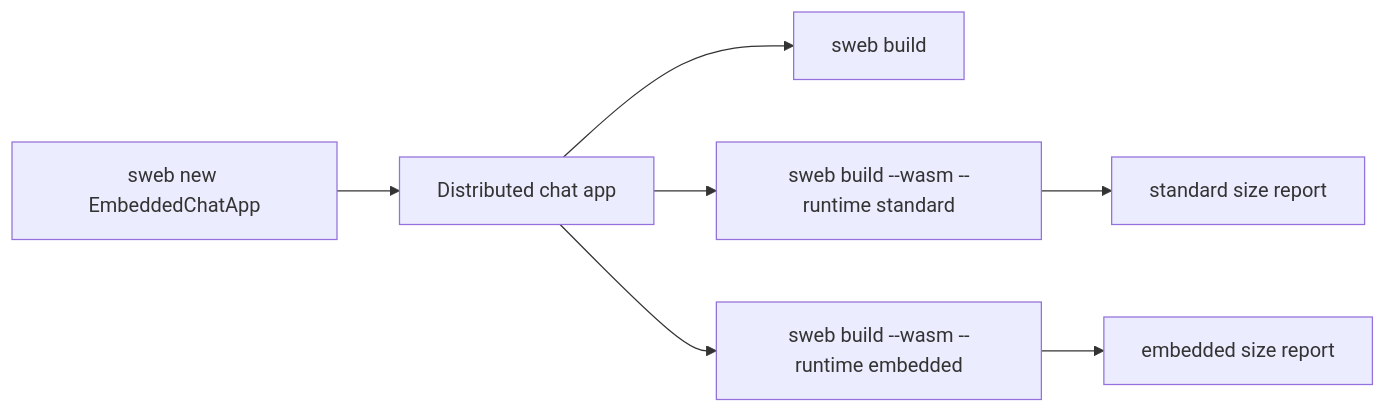
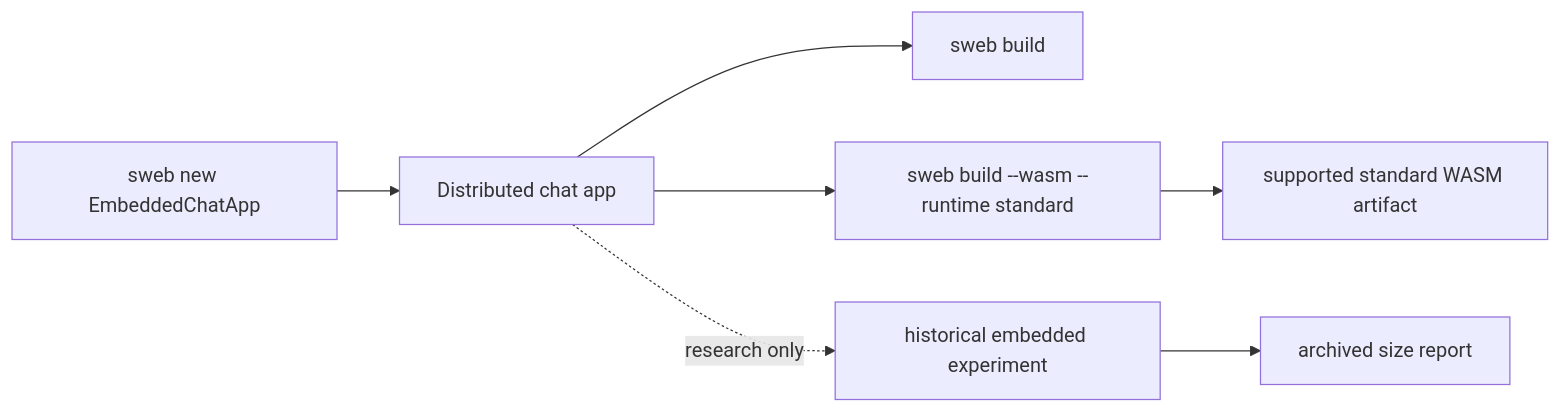
The first of 3 diagrams in docs/EmbeddedWasmRuntimeReport.md (1amageek/swift-web), drawn with Mermaid before and after one commit. The commit also changed other lines of this file and 354 other files, not shown here.

Commit message:
Separate runtime modules and standardize WASM support

````diff
--- a/docs/EmbeddedWasmRuntimeReport.md
+++ b/docs/EmbeddedWasmRuntimeReport.md
@@ -17,9 +18,9 @@
 ```mermaid
 flowchart LR
   A["sweb new EmbeddedChatApp"] --> B["Distributed chat app"]
   B --> C["sweb build"]
   B --> D["sweb build --wasm --runtime standard"]
-  B --> E["sweb build --wasm --runtime embedded"]
-  D --> F["standard size report"]
-  E --> G["embedded size report"]
+  B -. research only .-> E["historical embedded experiment"]
+  D --> F["supported standard WASM artifact"]
+  E --> G["archived size report"]
 ```
````
